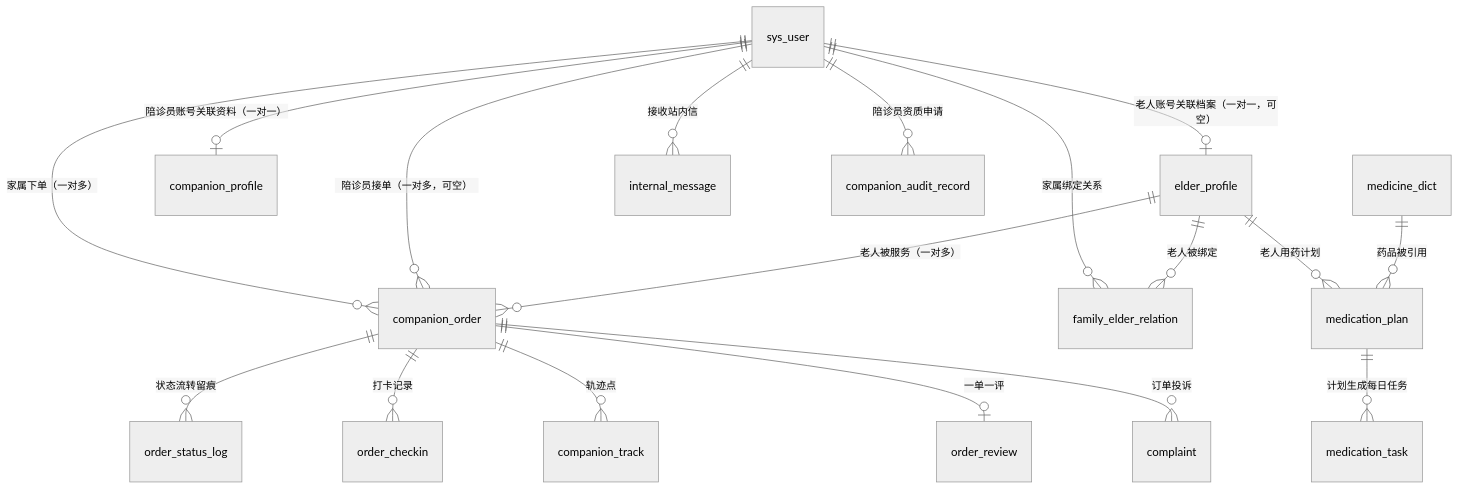
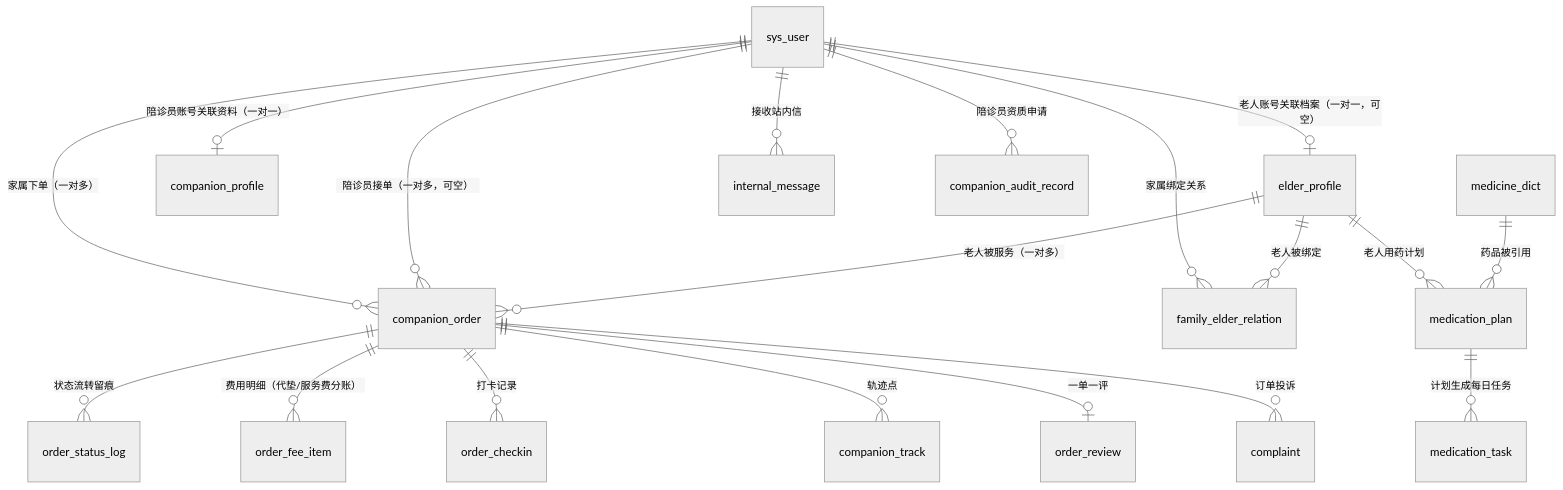
One commit to wangpanbin/Senior-Companion-Health-Assessment changed the first of 7 diagrams in docs/db/01-ER图.md. Above: the diagram before and after it, drawn with Mermaid (neutral theme). The commit also changed other lines of this file and 21 other files, not shown here.

````diff
--- a/docs/db/01-ER图.md
+++ b/docs/db/01-ER图.md
@@ -7,20 +7,21 @@
 ```mermaid
 erDiagram
     sys_user ||--o{ companion_order : "家属下单（一对多）"
     sys_user ||--o{ companion_order : "陪诊员接单（一对多，可空）"
     elder_profile ||--o{ companion_order : "老人被服务（一对多）"
     sys_user ||--o| elder_profile : "老人账号关联档案（一对一，可空）"
     sys_user ||--o| companion_profile : "陪诊员账号关联资料（一对一）"
     sys_user ||--o{ family_elder_relation : "家属绑定关系"
     elder_profile ||--o{ family_elder_relation : "老人被绑定"
     companion_order ||--o{ order_status_log : "状态流转留痕"
+    companion_order ||--o{ order_fee_item : "费用明细（代垫/服务费分账）"
     companion_order ||--o{ order_checkin : "打卡记录"
     companion_order ||--o{ companion_track : "轨迹点"
     companion_order ||--o| order_review : "一单一评"
     companion_order ||--o{ complaint : "订单投诉"
     elder_profile ||--o{ medication_plan : "老人用药计划"
     medicine_dict ||--o{ medication_plan : "药品被引用"
     medication_plan ||--o{ medication_task : "计划生成每日任务"
     sys_user ||--o{ internal_message : "接收站内信"
     sys_user ||--o{ companion_audit_record : "陪诊员资质申请"
 ```
````
